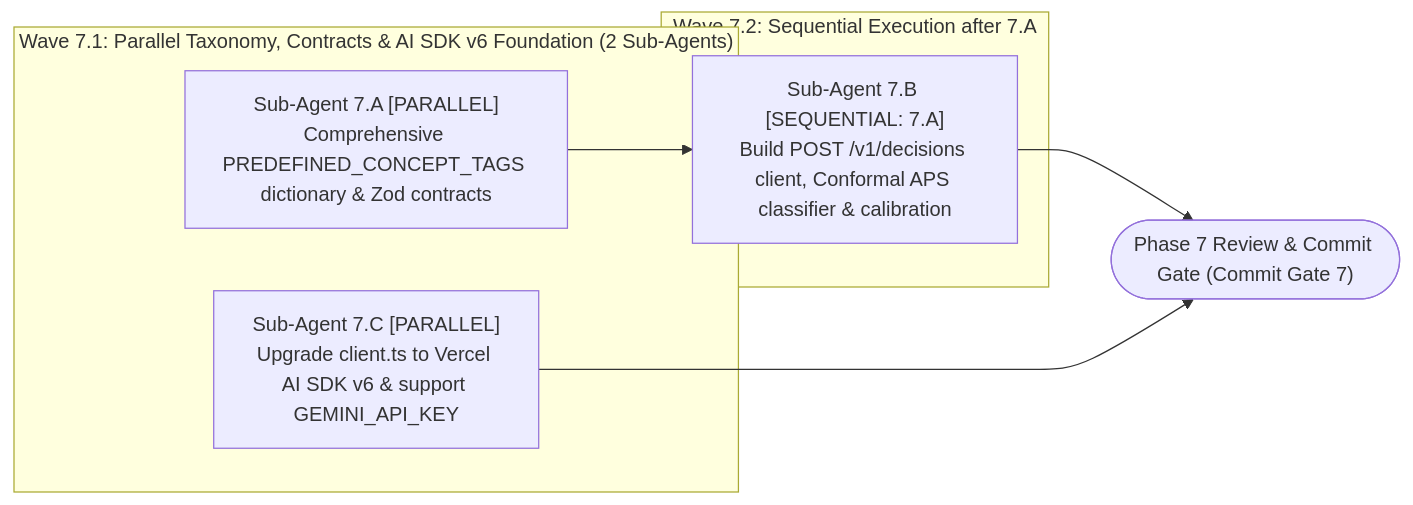
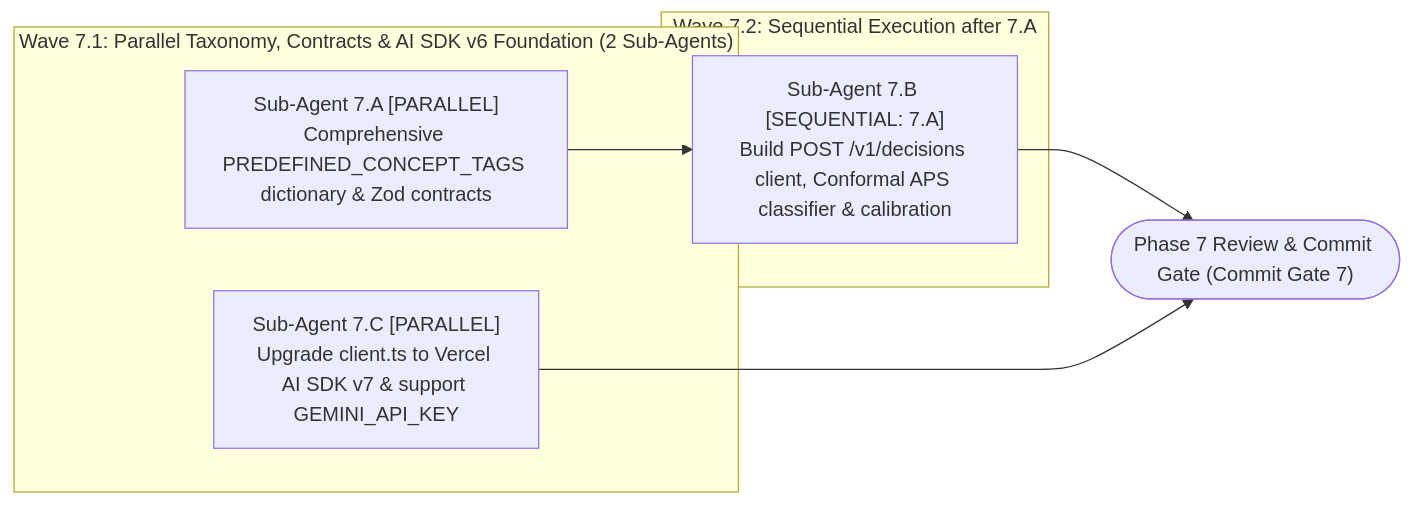
One commit to Abdullah931-stack/ELIXENT changed the eighth of 13 diagrams in docs/Plans/ELIXENT_EXECUTION_PLAN.md. Above: the diagram before and after it, drawn with Mermaid. The commit also changed other lines of this file and 13 other files, not shown here.

````diff
--- a/docs/Plans/ELIXENT_EXECUTION_PLAN.md
+++ b/docs/Plans/ELIXENT_EXECUTION_PLAN.md
@@ -824,14 +828,14 @@
 ```mermaid
 flowchart LR
     subgraph Wave_7_1 ["Wave 7.1: Parallel Taxonomy, Contracts & AI SDK v6 Foundation (2 Sub-Agents)"]
         SA_7A["Sub-Agent 7.A [PARALLEL]<br/>Comprehensive PREDEFINED_CONCEPT_TAGS dictionary & Zod contracts"]
-        SA_7C["Sub-Agent 7.C [PARALLEL]<br/>Upgrade client.ts to Vercel AI SDK v6 & support GEMINI_API_KEY"]
+        SA_7C["Sub-Agent 7.C [PARALLEL]<br/>Upgrade client.ts to Vercel AI SDK v7 & support GEMINI_API_KEY"]
     end
     subgraph Wave_7_2 ["Wave 7.2: Sequential Execution after 7.A"]
         SA_7B["Sub-Agent 7.B [SEQUENTIAL: 7.A]<br/>Build POST /v1/decisions client, Conformal APS classifier & calibration"]
     end
     Gate_7(["Phase 7 Review & Commit Gate (Commit Gate 7)"])
 
     SA_7A --> SA_7B
     SA_7B & SA_7C --> Gate_7
 ```
````
